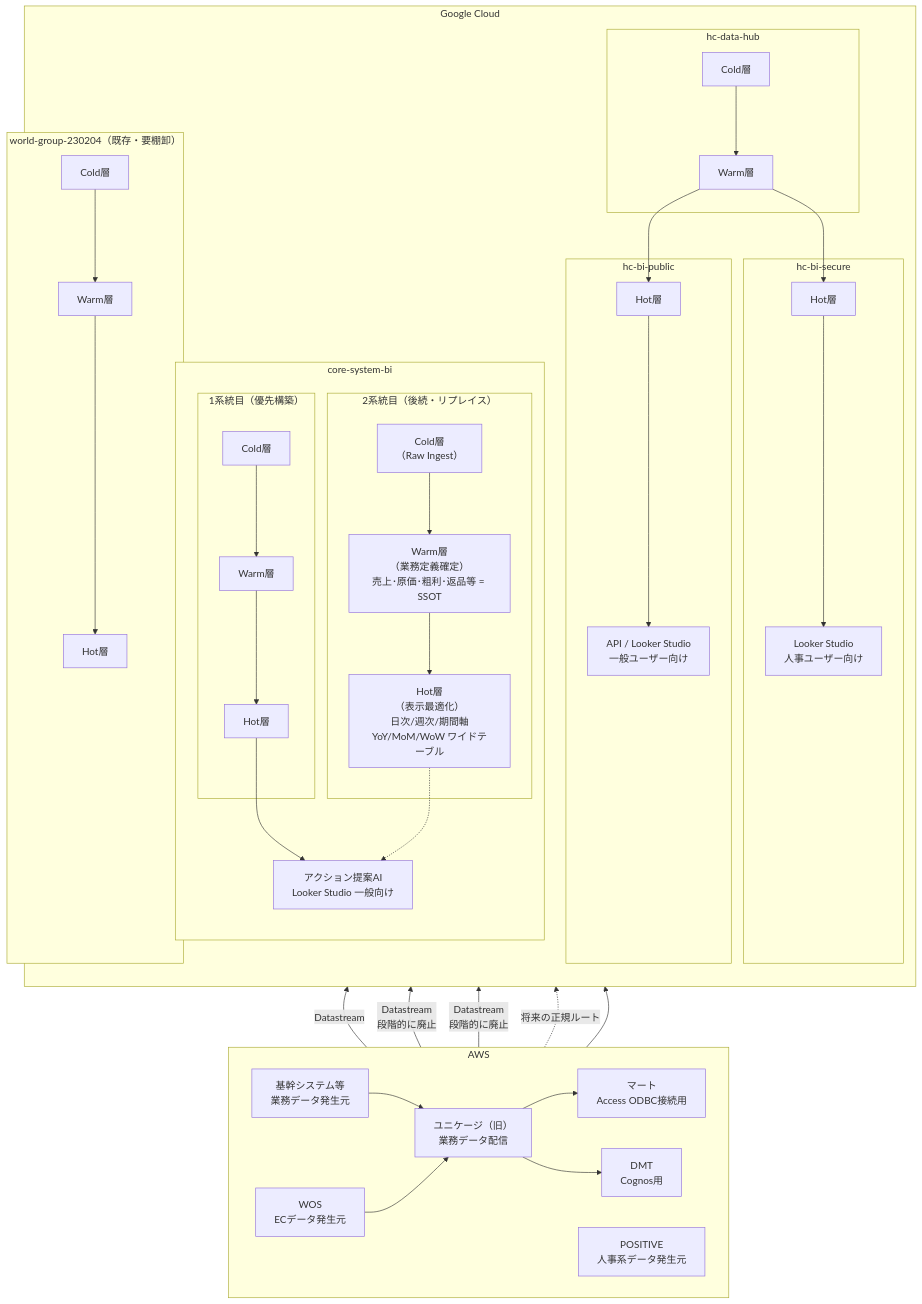
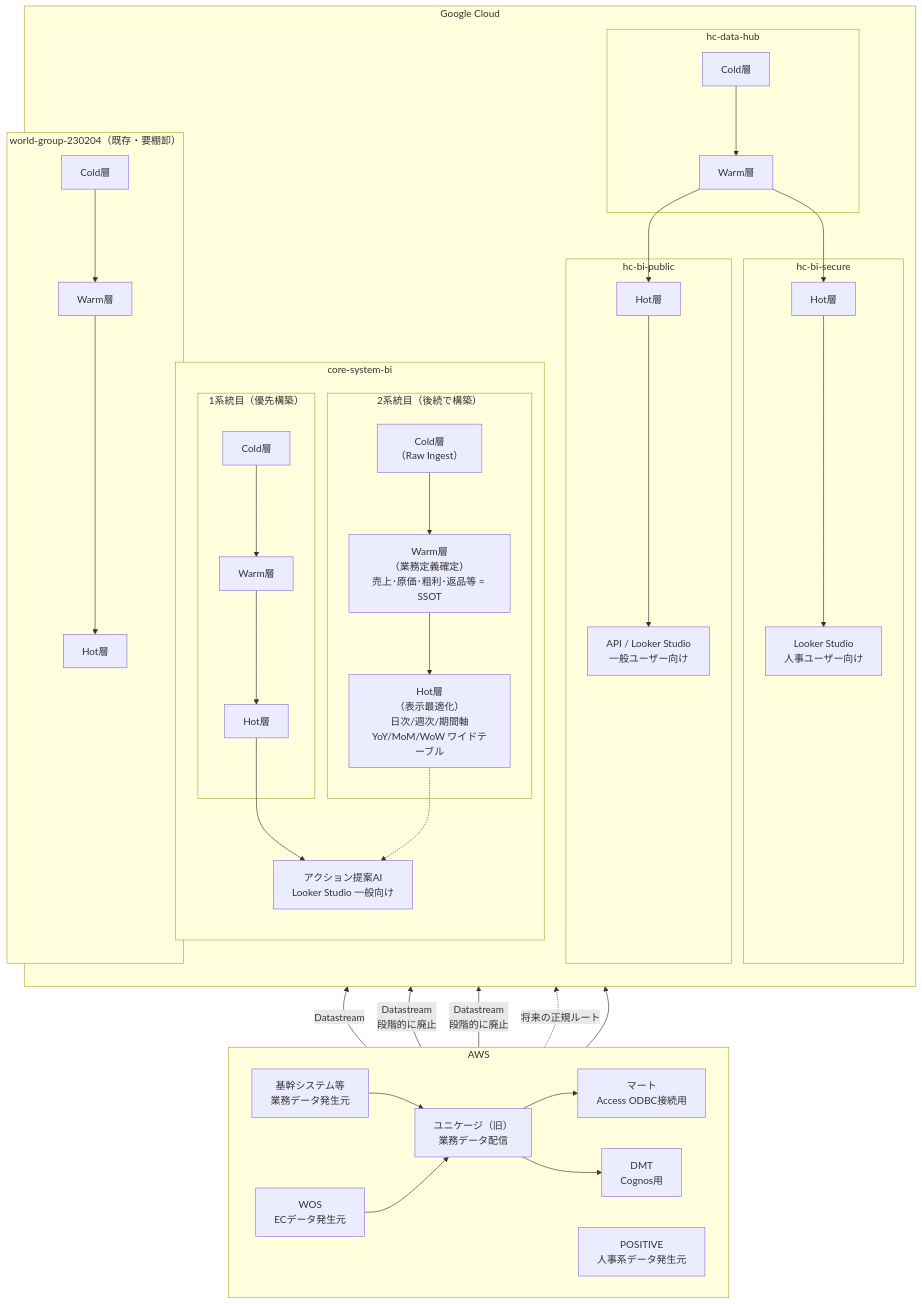
The diagram in README.md (jhasegawa-01100687/bi-diagram), drawn with Mermaid before and after one commit.

Commit message:
docs: 微修正

````diff
--- a/README.md
+++ b/README.md
@@ -3,74 +3,74 @@
 ```mermaid
 flowchart BT
     subgraph AWS["AWS"]
         direction LR
         Core["基幹システム等<br/>業務データ発生元"]
         POSITIVE["POSITIVE<br/>人事系データ発生元"]
         Unikage["ユニケージ（旧）<br/>業務データ配信"]
         Mart["マート<br/>Access ODBC接続用"]
         DMT["DMT<br/>Cognos用"]
         WOS["WOS<br/>ECデータ発生元"]
 
         Core --> Unikage
         Unikage --> Mart
         Unikage --> DMT
     end
 
     subgraph GCP["Google Cloud"]
         direction TB
 
         subgraph hc-data-hub["hc-data-hub"]
             DH_Cold["Cold層"]
             DH_Warm["Warm層"]
             DH_Cold --> DH_Warm
         end
 
         subgraph hc-bi-public["hc-bi-public"]
             PUB_Hot["Hot層"]
             PUB_Out["API / Looker Studio<br/>一般ユーザー向け"]
             PUB_Hot --> PUB_Out
         end
 
         subgraph hc-bi-secure["hc-bi-secure"]
             SEC_Hot["Hot層"]
             SEC_Out["Looker Studio<br/>人事ユーザー向け"]
             SEC_Hot --> SEC_Out
         end
 
         subgraph core-system-bi["core-system-bi"]
             direction TB
             subgraph Stream1["1系統目（優先構築）"]
                 S1_Cold["Cold層"]
                 S1_Warm["Warm層"]
                 S1_Hot["Hot層"]
                 S1_Cold --> S1_Warm --> S1_Hot
             end
-            subgraph Stream2["2系統目（後続・リプレイス）"]
+            subgraph Stream2["2系統目（後続で構築）"]
                 S2_Cold["Cold層<br/>（Raw Ingest）"]
                 S2_Warm["Warm層<br/>（業務定義確定）<br/>売上･原価･粗利･返品等 = SSOT"]
                 S2_Hot["Hot層<br/>（表示最適化）<br/>日次/週次/期間軸<br/>YoY/MoM/WoW ワイドテーブル"]
                 S2_Cold --> S2_Warm --> S2_Hot
             end
             CORE_Out["アクション提案AI<br/>Looker Studio 一般向け"]
             S1_Hot --> CORE_Out
             S2_Hot -.-> CORE_Out
         end
 
         subgraph world-group["world-group-230204（既存・要棚卸）"]
             WG_Cold["Cold層"]
             WG_Warm["Warm層"]
             WG_Hot["Hot層"]
             WG_Cold --> WG_Warm --> WG_Hot
         end
     end
 
     %% データフロー（AWS → GCP）
     POSITIVE -->|Datastream| DH_Cold
     DH_Warm --> PUB_Hot
     DH_Warm --> SEC_Hot
     Mart -->|Datastream<br/>段階的に廃止| S1_Cold
     DMT -->|Datastream<br/>段階的に廃止| S1_Cold
     Core -.->|将来の正規ルート| S2_Cold
     WOS --> Unikage
     Unikage --> WG_Cold
 ```
````
